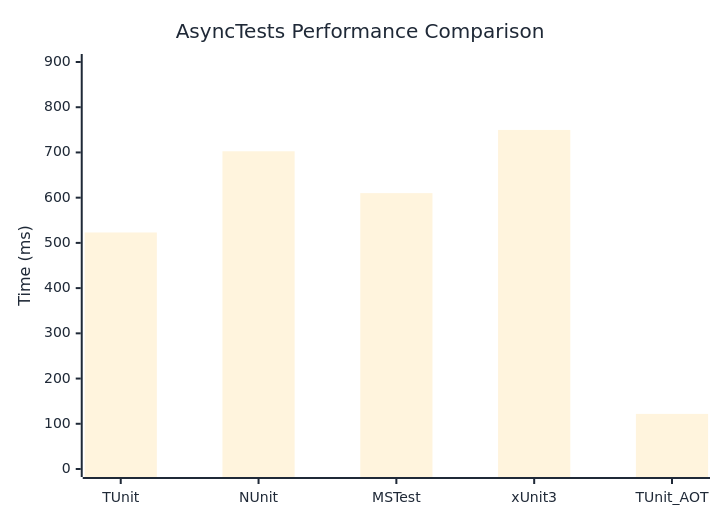
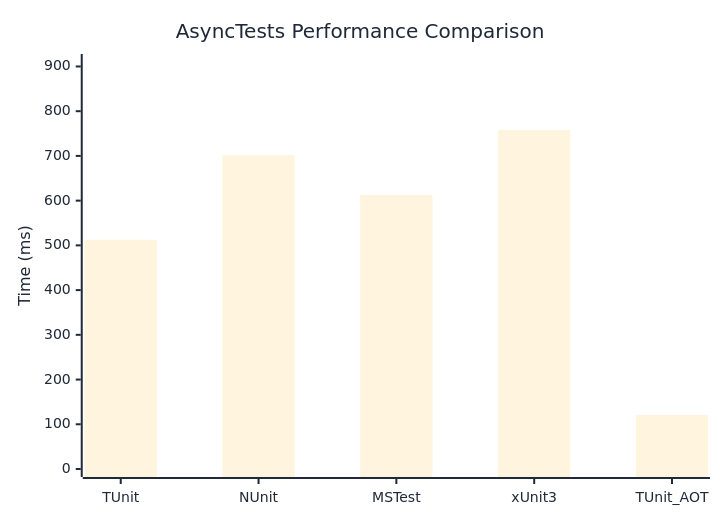
The diagram in docs/docs/benchmarks/AsyncTests.md (weiyilai/TUnit), drawn with Mermaid before and after one commit. The commit also changed other lines of this file and 17 other files, not shown here.

````diff
--- a/docs/docs/benchmarks/AsyncTests.md
+++ b/docs/docs/benchmarks/AsyncTests.md
@@ -27,37 +27,37 @@
 ```mermaid
 %%{init: {
   'theme':'base',
   'themeVariables': {
     'primaryColor': '#2563eb',
     'primaryTextColor': '#1f2937',
     'primaryBorderColor': '#1e40af',
     'lineColor': '#6b7280',
     'secondaryColor': '#7c3aed',
     'tertiaryColor': '#dc2626',
     'background': '#ffffff',
     'mainBkg': '#2563eb',
     'secondBkg': '#7c3aed',
     'tertiaryBkg': '#dc2626',
     'clusterBkg': '#f3f4f6',
     'edgeLabelBackground': '#ffffff',
     'tertiaryTextColor': '#1f2937',
     'pie1': '#2563eb',
     'pie2': '#7c3aed',
     'pie3': '#dc2626',
     'pie4': '#f59e0b',
     'pie5': '#10b981',
     'pie6': '#06b6d4',
     'pie7': '#ec4899',
     'pie8': '#6366f1',
     'pie9': '#84cc16',
     'pie10': '#f97316',
     'pie11': '#14b8a6',
     'pie12': '#a855f7'
   }
 }}%%
 xychart-beta
   title "AsyncTests Performance Comparison"
   x-axis ["TUnit", "NUnit", "MSTest", "xUnit3", "TUnit_AOT"]
-  y-axis "Time (ms)" 0 --> 900
-  bar [523, 702.6, 610, 749.8, 121.8]
+  y-axis "Time (ms)" 0 --> 910
+  bar [512.5, 701.3, 612.6, 758.2, 121]
 ```
````
